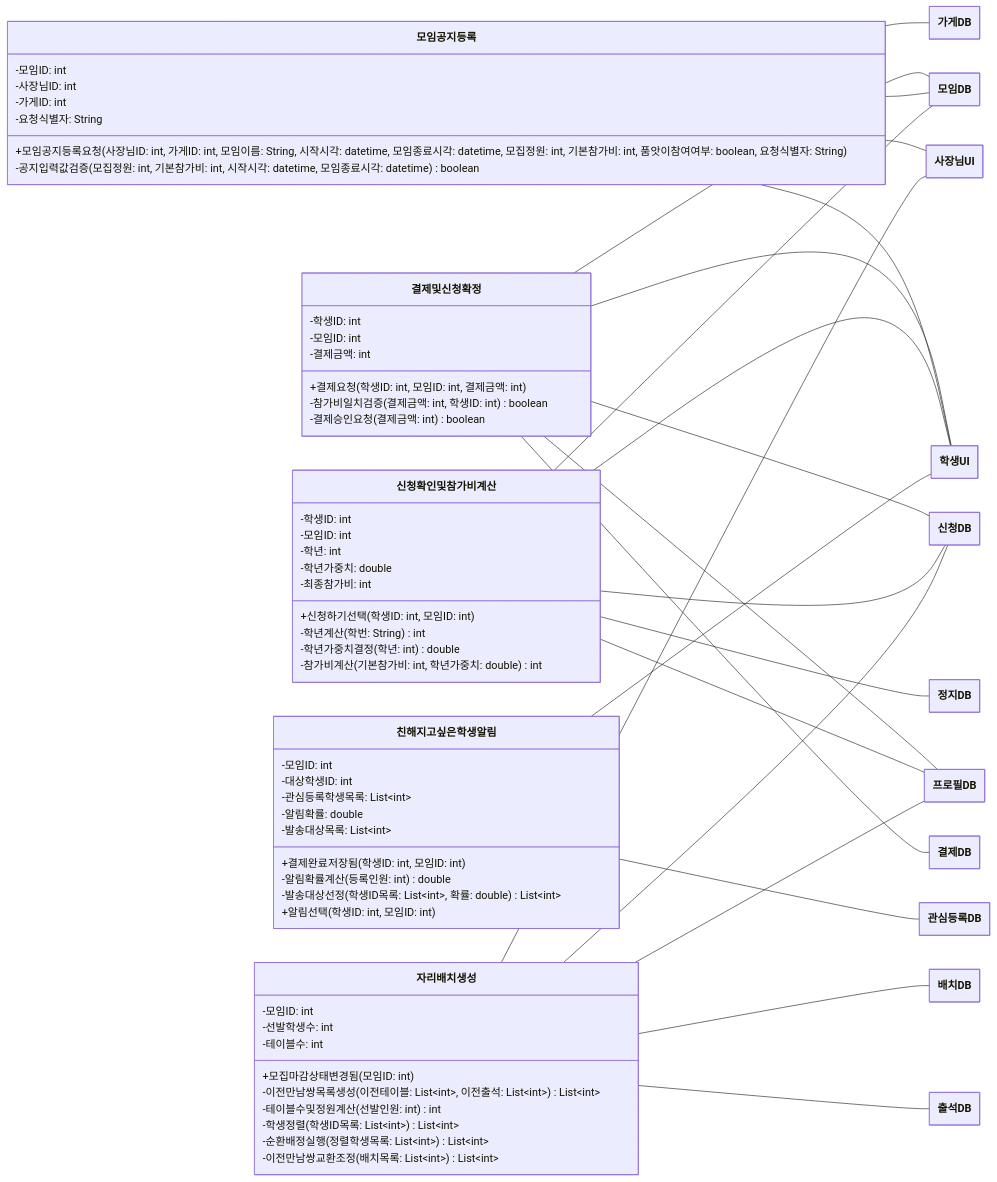
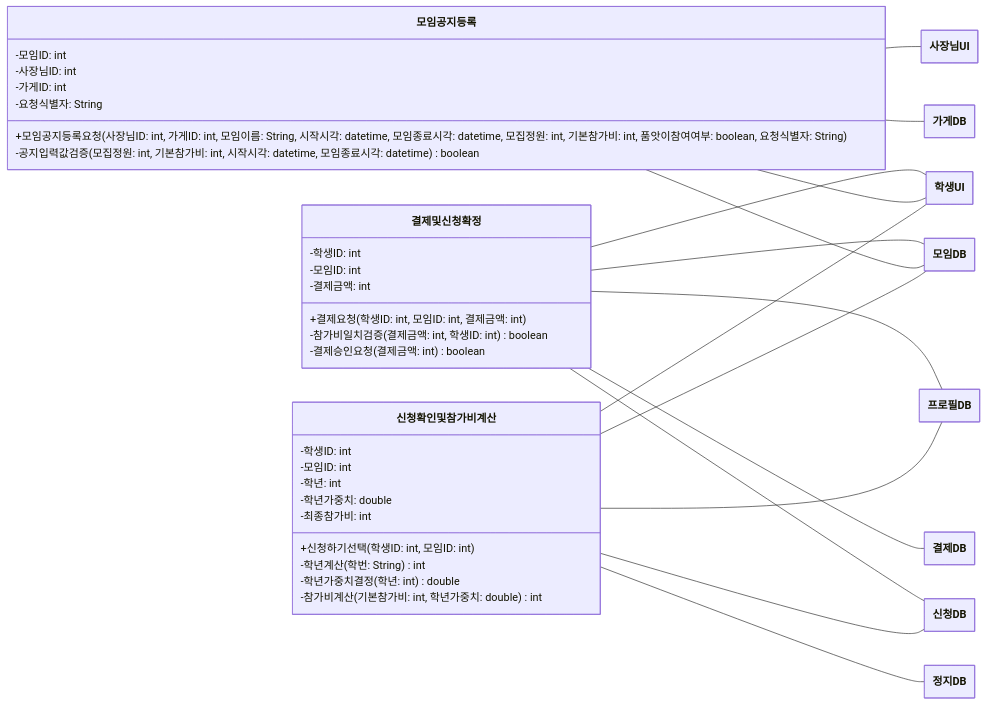
The second of 14 diagrams in class-diagram/class-diagram.md (hojae3/sw-engineering-16), drawn with Mermaid before and after one commit. The commit also changed other lines of this file and 1 other file, not shown here.

Commit message:
[class] 통합 클래스 다이어그램을 PPT 12장 구성에 맞춤
- 모임 전 그림을 둘로 나누고 뒤 절 번호 변경
- PPT 대응표를 12장 기준으로 수정, 관계선 절은 참고용으로 표시

````diff
--- a/class-diagram/class-diagram.md
+++ b/class-diagram/class-diagram.md
@@ -237,37 +242,12 @@
         -참가비일치검증(결제금액: int, 학생ID: int) boolean
         -결제승인요청(결제금액: int) boolean
     }
-    class CloseStudentNotification["친해지고싶은학생알림"] {
-        -모임ID: int
-        -대상학생ID: int
-        -관심등록학생목록: List~int~
-        -알림확률: double
-        -발송대상목록: List~int~
-        +결제완료저장됨(학생ID: int, 모임ID: int)
-        -알림확률계산(등록인원: int) double
-        -발송대상선정(학생ID목록: List~int~, 확률: double) List~int~
-        +알림선택(학생ID: int, 모임ID: int)
-    }
-    class SeatArrangementGeneration["자리배치생성"] {
-        -모임ID: int
-        -선발학생수: int
-        -테이블수: int
-        +모집마감상태변경됨(모임ID: int)
-        -이전만남쌍목록생성(이전테이블: List~int~, 이전출석: List~int~) List~int~
-        -테이블수및정원계산(선발인원: int) int
-        -학생정렬(학생ID목록: List~int~) List~int~
-        -순환배정실행(정렬학생목록: List~int~) List~int~
-        -이전만남쌍교환조정(배치목록: List~int~) List~int~
-    }
     class StoreDB["가게DB"]
     class PaymentDB["결제DB"]
-    class InterestRegistrationDB["관심등록DB"]
     class MeetingDB["모임DB"]
-    class ArrangementDB["배치DB"]
     class OwnerUI["사장님UI"]
     class ApplicationDB["신청DB"]
     class SuspensionDB["정지DB"]
-    class AttendanceDB["출석DB"]
     class ProfileDB["프로필DB"]
     class StudentUI["학생UI"]
     MeetingNoticeRegistration -- StoreDB
@@ -276,19 +256,12 @@
     PaymentAndApplicationConfirm -- ApplicationDB
     PaymentAndApplicationConfirm -- ProfileDB
     PaymentAndApplicationConfirm -- StudentUI
-    CloseStudentNotification -- InterestRegistrationDB
     MeetingNoticeRegistration -- MeetingDB
     ApplicationCheckAndFeeCalc -- MeetingDB
     MeetingNoticeRegistration -- OwnerUI
     MeetingNoticeRegistration -- StudentUI
-    SeatArrangementGeneration -- ArrangementDB
-    SeatArrangementGeneration -- OwnerUI
     ApplicationCheckAndFeeCalc -- ApplicationDB
-    SeatArrangementGeneration -- ApplicationDB
     ApplicationCheckAndFeeCalc -- SuspensionDB
     ApplicationCheckAndFeeCalc -- ProfileDB
     ApplicationCheckAndFeeCalc -- StudentUI
-    SeatArrangementGeneration -- AttendanceDB
-    SeatArrangementGeneration -- ProfileDB
-    CloseStudentNotification -- StudentUI
 ```
````
